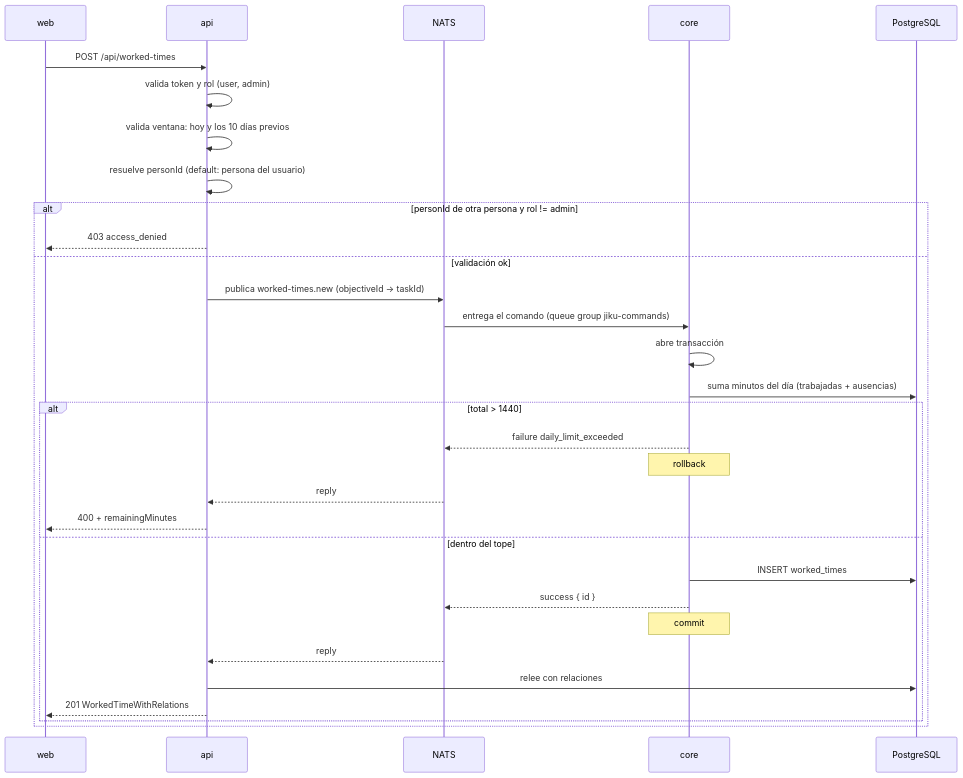
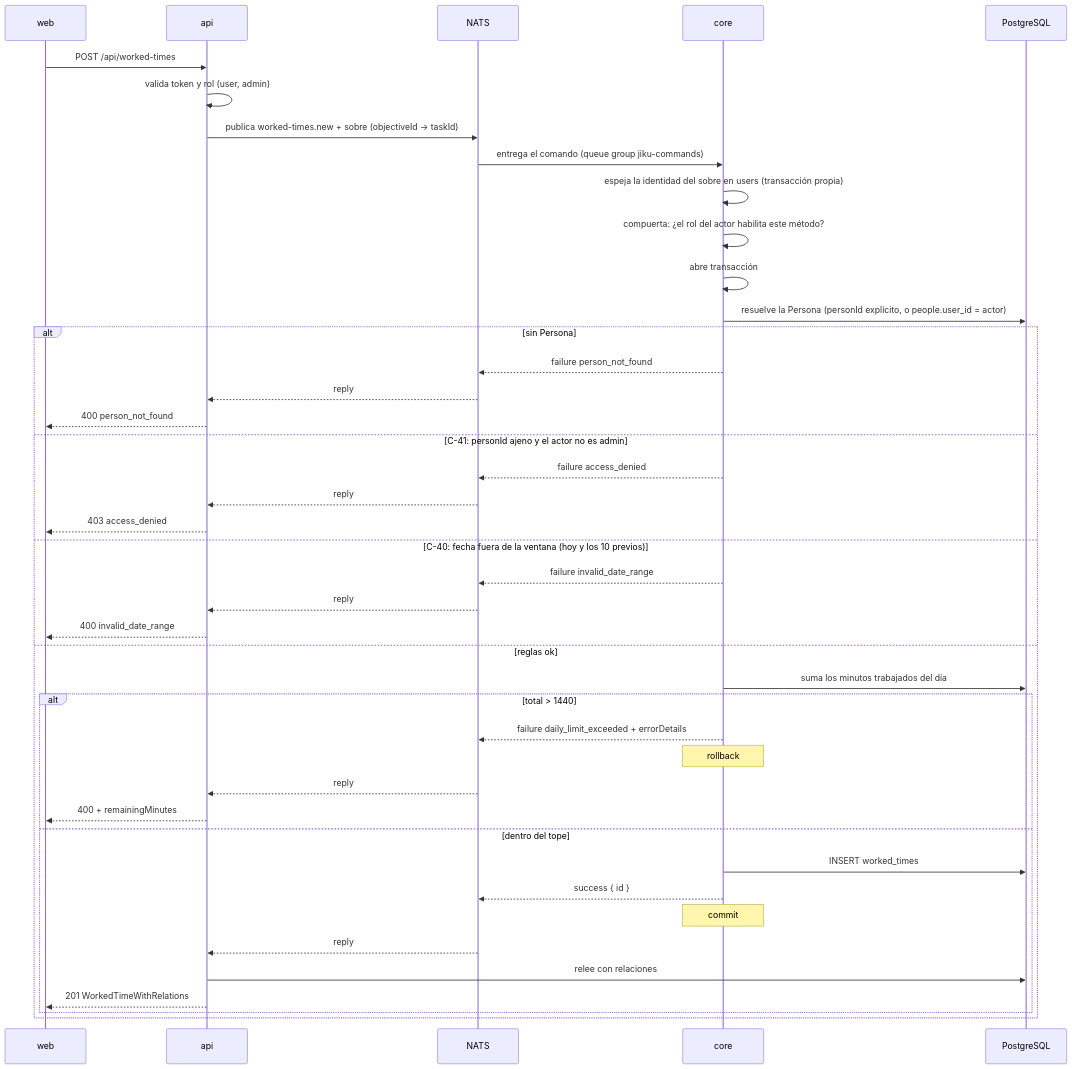
Before and after one commit to gravadigital/jiku: the diagram in docs/flows/carga-de-horas.md, drawn with Mermaid. The commit also changed other lines of this file and 20 other files, not shown here.

````diff
--- a/docs/flows/carga-de-horas.md
+++ b/docs/flows/carga-de-horas.md
@@ -56,34 +57,45 @@
 ```mermaid
 sequenceDiagram
     participant W as web
     participant A as api
     participant N as NATS
     participant C as core
     participant DB as PostgreSQL
 
     W->>A: POST /api/worked-times
     A->>A: valida token y rol (user, admin)
-    A->>A: valida ventana: hoy y los 10 días previos
-    A->>A: resuelve personId (default: persona del usuario)
-    alt personId de otra persona y rol != admin
+    A->>N: publica worked-times.new + sobre (objectiveId → taskId)
+    N->>C: entrega el comando (queue group jiku-commands)
+    C->>C: espeja la identidad del sobre en users (transacción propia)
+    C->>C: compuerta: ¿el rol del actor habilita este método?
+    C->>C: abre transacción
+    C->>DB: resuelve la Persona (personId explícito, o people.user_id = actor)
+    alt sin Persona
+        C-->>N: failure person_not_found
+        N-->>A: reply
+        A-->>W: 400 person_not_found
+    else C-41: personId ajeno y el actor no es admin
+        C-->>N: failure access_denied
+        N-->>A: reply
         A-->>W: 403 access_denied
-    else validación ok
-        A->>N: publica worked-times.new (objectiveId → taskId)
-        N->>C: entrega el comando (queue group jiku-commands)
-        C->>C: abre transacción
-        C->>DB: suma minutos del día (trabajadas + ausencias)
+    else C-40: fecha fuera de la ventana (hoy y los 10 previos)
+        C-->>N: failure invalid_date_range
+        N-->>A: reply
+        A-->>W: 400 invalid_date_range
+    else reglas ok
+        C->>DB: suma los minutos trabajados del día
         alt total > 1440
-            C-->>N: failure daily_limit_exceeded
+            C-->>N: failure daily_limit_exceeded + errorDetails
             Note over C: rollback
             N-->>A: reply
             A-->>W: 400 + remainingMinutes
         else dentro del tope
             C->>DB: INSERT worked_times
             C-->>N: success { id }
             Note over C: commit
             N-->>A: reply
             A->>DB: relee con relaciones
             A-->>W: 201 WorkedTimeWithRelations
         end
     end
 ```
````
